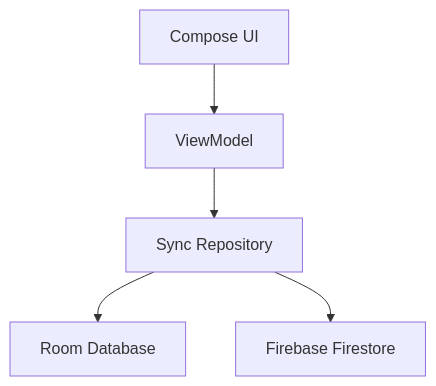
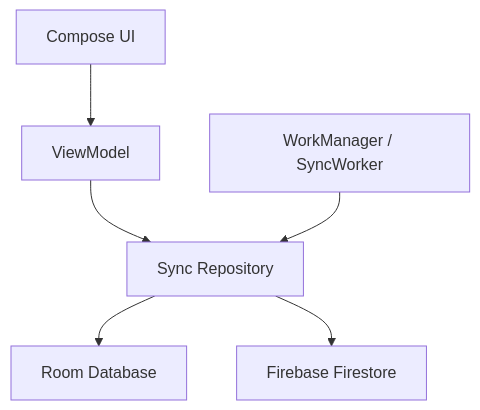
One commit to waywong-wassup/JobbyApp changed the diagram in README.md. Above: the diagram before and after it, drawn with Mermaid. The commit also changed other lines of this file, not shown here.

````diff
--- a/README.md
+++ b/README.md
@@ -57,7 +59,8 @@
 ```mermaid
 graph TD
     UI[Compose UI] --> VM[ViewModel]
     VM --> Repository[Sync Repository]
     Repository --> Room[Room Database]
     Repository --> Firestore[Firebase Firestore]
+    WorkManager[WorkManager / SyncWorker] --> Repository
 ```
````
